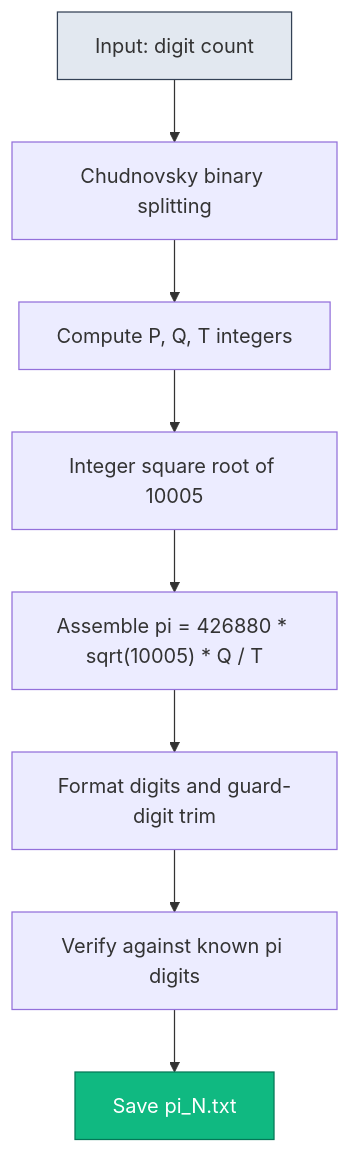
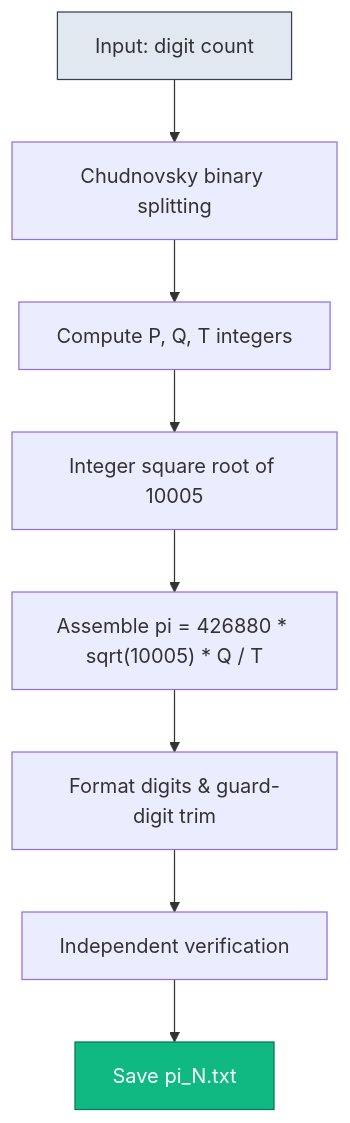
One commit to zomop/PiProject changed the diagram in README.md. Above: the diagram before and after it, drawn with Mermaid. The commit also changed other lines of this file and 23 other files, not shown here.

````diff
--- a/README.md
+++ b/README.md
@@ -50,12 +50,12 @@
 ```mermaid
 flowchart TD
     A["Input: digit count"] --> B["Chudnovsky binary splitting"]
     B --> C["Compute P, Q, T integers"]
     C --> D["Integer square root of 10005"]
     D --> E["Assemble pi = 426880 * sqrt(10005) * Q / T"]
-    E --> F["Format digits and guard-digit trim"]
-    F --> G["Verify against known pi digits"]
+    E --> F["Format digits & guard-digit trim"]
+    F --> G["Independent verification"]
     G --> H["Save pi_N.txt"]
     style A fill:#e2e8f0,stroke:#334155
     style H fill:#10b981,stroke:#047857,color:#fff
 ```
````
